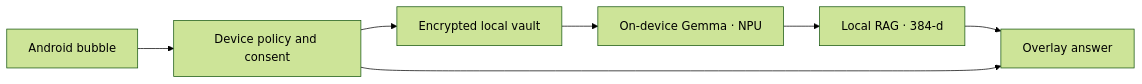
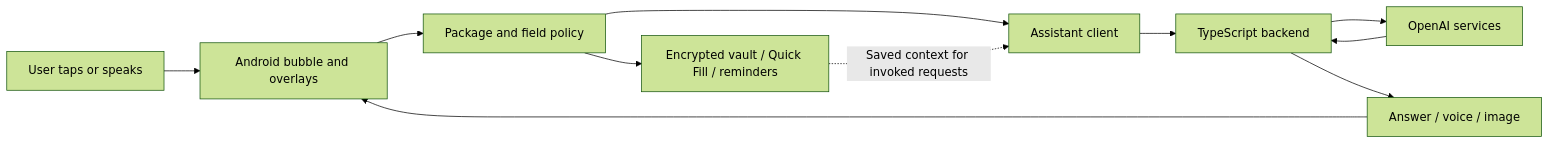
Before and after one commit to fablemythosdev/IQOO-Grand-Finale: the diagram in README.md, drawn with Mermaid (forest theme). The commit also changed other lines of this file and 4 other files, not shown here.

Commit message:
docs: refine Grand Finale pitch and timeline

````diff
--- a/README.md
+++ b/README.md
@@ -94,9 +103,13 @@
 ```mermaid
 flowchart LR
-    A[Android bubble] --> B[Device policy and consent]
-    B --> C[Encrypted local vault]
-    C --> D[On-device Gemma · NPU]
-    D --> E[Local RAG · 384-d]
-    E --> F[Overlay answer]
-    B --> F
+    User[User taps or speaks] --> Bubble[Android bubble and overlays]
+    Bubble --> Policy[Package and field policy]
+    Policy --> Local[Encrypted vault / Quick Fill / reminders]
+    Policy --> Client[Assistant client]
+    Local -. Saved context for invoked requests .-> Client
+    Client --> API[TypeScript backend]
+    API --> AI[OpenAI services]
+    AI --> API
+    API --> Result[Answer / voice / image]
+    Result --> Bubble
 ```
````
